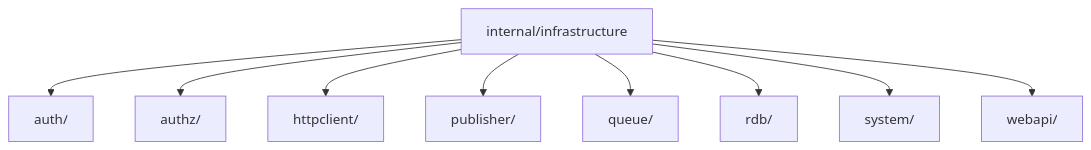
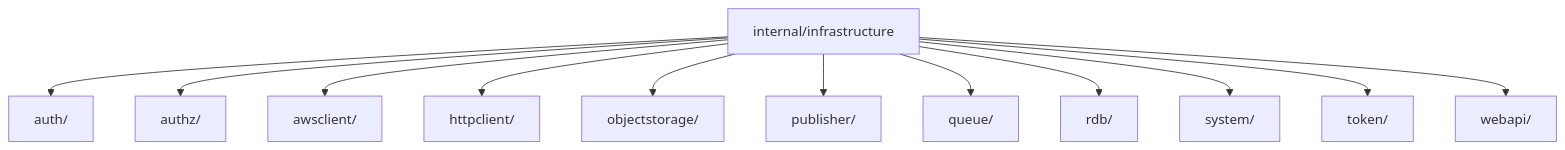
The fourth of 5 diagrams in docs/portal/guides/infrastructure.md (Tomy-ch/go-boilerplate), drawn with Mermaid before and after one commit. The commit also changed other lines of this file and 1741 other files, not shown here.

````diff
--- a/docs/portal/guides/infrastructure.md
+++ b/docs/portal/guides/infrastructure.md
@@ -105,21 +128,27 @@
 ```mermaid
 flowchart TB
     Root["internal/infrastructure"]
     Auth["auth/"]
     Authz["authz/"]
+    AwsClient["awsclient/"]
     HTTP["httpclient/"]
+    ObjStorage["objectstorage/"]
     Pub["publisher/"]
     Queue["queue/"]
     RDB["rdb/"]
     Sys["system/"]
+    Token["token/"]
     Web["webapi/"]
 
     Root --> Auth
     Root --> Authz
+    Root --> AwsClient
     Root --> HTTP
+    Root --> ObjStorage
     Root --> Pub
     Root --> Queue
     Root --> RDB
     Root --> Sys
+    Root --> Token
     Root --> Web
 ```
````
